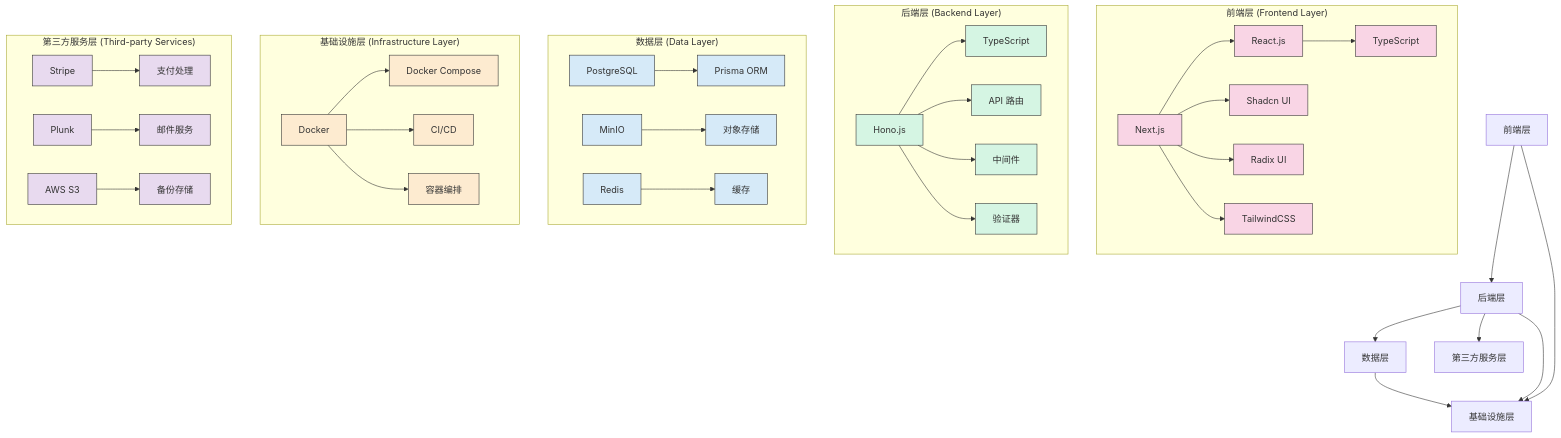
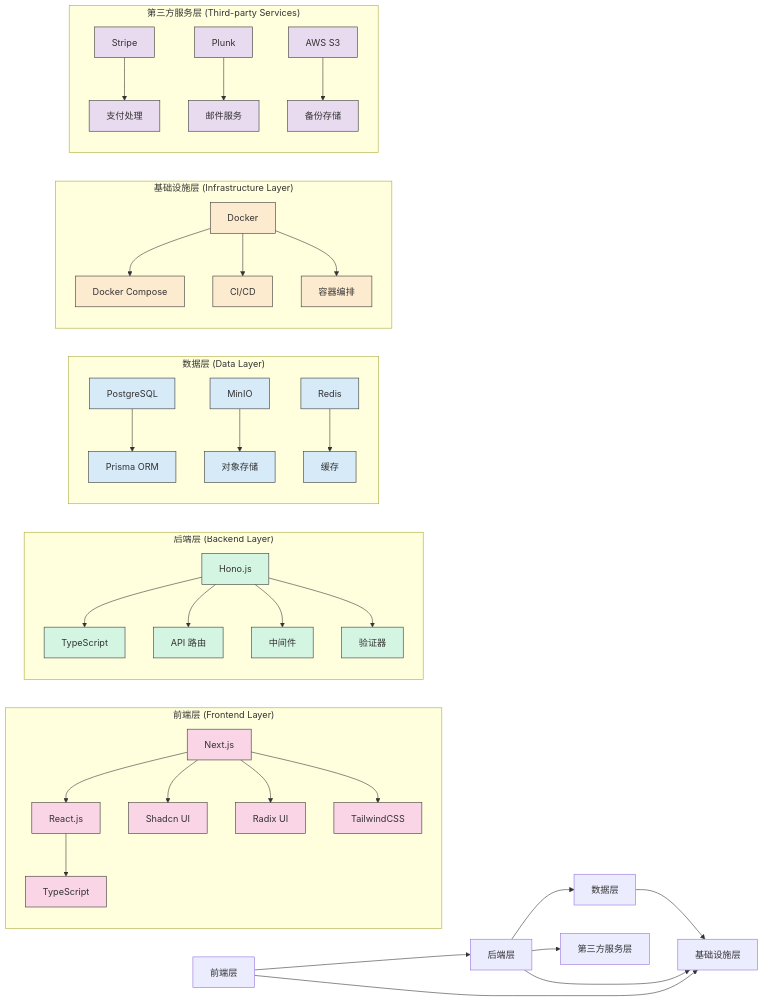
Before and after one commit to sunlanda/blog: the fourth of 4 diagrams in src/react/next-fullstack.md, drawn with Mermaid. The commit also changed other lines of this file, not shown here.

````diff
--- a/src/react/next-fullstack.md
+++ b/src/react/next-fullstack.md
@@ -158,54 +161,59 @@
 ```mermaid
-graph TB
+graph LR
     classDef frontendLayer fill:#f9d5e5,stroke:#333,stroke-width:1px
     classDef backendLayer fill:#d5f5e3,stroke:#333,stroke-width:1px
     classDef dataLayer fill:#d6eaf8,stroke:#333,stroke-width:1px
     classDef infrastructureLayer fill:#fdebd0,stroke:#333,stroke-width:1px
     classDef thirdPartyLayer fill:#e8daef,stroke:#333,stroke-width:1px
 
     subgraph "前端层 (Frontend Layer)"
+        direction TB
         A1[Next.js] --> A2[React.js]
         A2 --> A3[TypeScript]
         A1 --> A4[Shadcn UI]
         A1 --> A5[Radix UI]
         A1 --> A6[TailwindCSS]
     end
     
     subgraph "后端层 (Backend Layer)"
+        direction TB
         B1[Hono.js] --> B2[TypeScript]
         B1 --> B3[API 路由]
         B1 --> B4[中间件]
         B1 --> B5[验证器]
     end
     
     subgraph "数据层 (Data Layer)"
+        direction TB
         C1[PostgreSQL] --> C2[Prisma ORM]
         C3[MinIO] --> C4[对象存储]
         C5[Redis] --> C6[缓存]
     end
     
     subgraph "基础设施层 (Infrastructure Layer)"
+        direction TB
         D1[Docker] --> D2[Docker Compose]
         D1 --> D3[CI/CD]
         D1 --> D4[容器编排]
     end
     
     subgraph "第三方服务层 (Third-party Services)"
+        direction TB
         E1[Stripe] --> E2[支付处理]
         E3[Plunk] --> E4[邮件服务]
         E5[AWS S3] --> E6[备份存储]
     end
     
     前端层 --> 后端层
     后端层 --> 数据层
     后端层 --> 第三方服务层
     数据层 --> 基础设施层
     后端层 --> 基础设施层
     前端层 --> 基础设施层
     
     class A1,A2,A3,A4,A5,A6 frontendLayer
     class B1,B2,B3,B4,B5 backendLayer
     class C1,C2,C3,C4,C5,C6 dataLayer
     class D1,D2,D3,D4 infrastructureLayer
     class E1,E2,E3,E4,E5,E6 thirdPartyLayer
 ```
````
